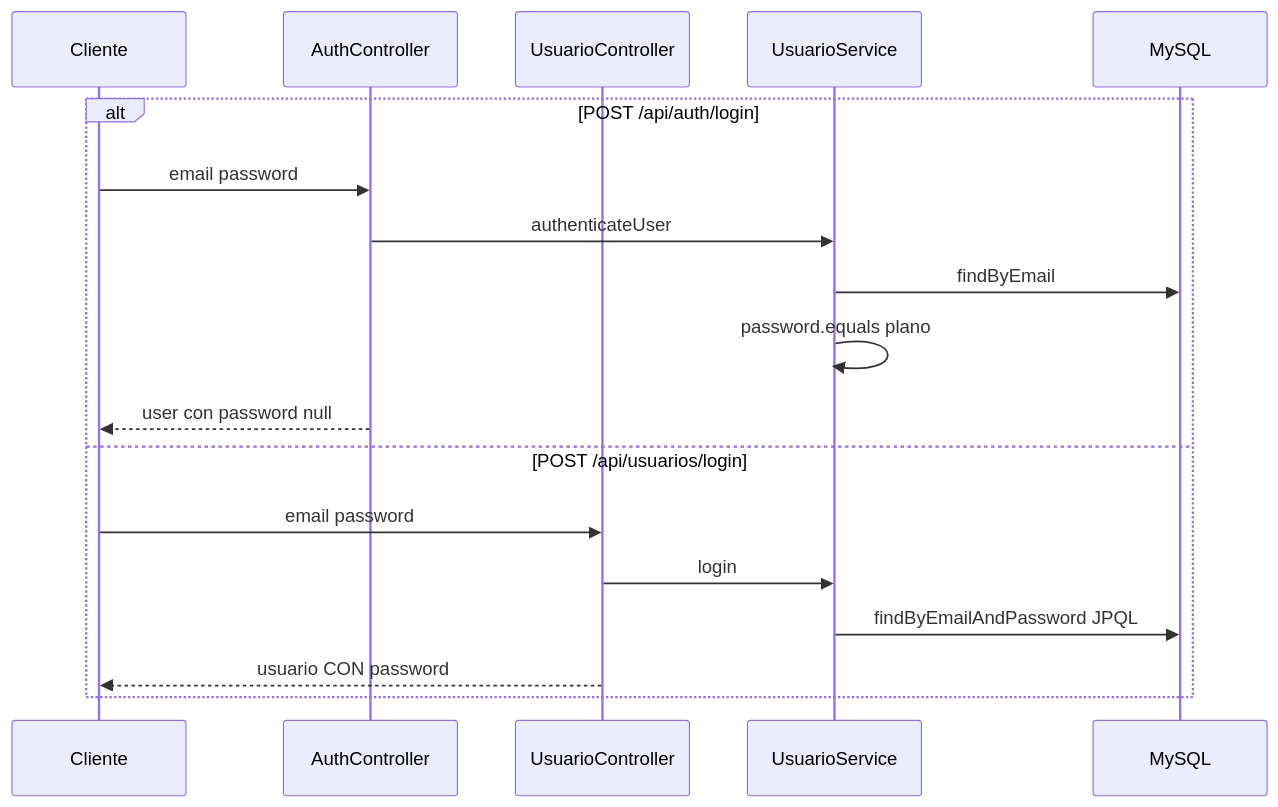
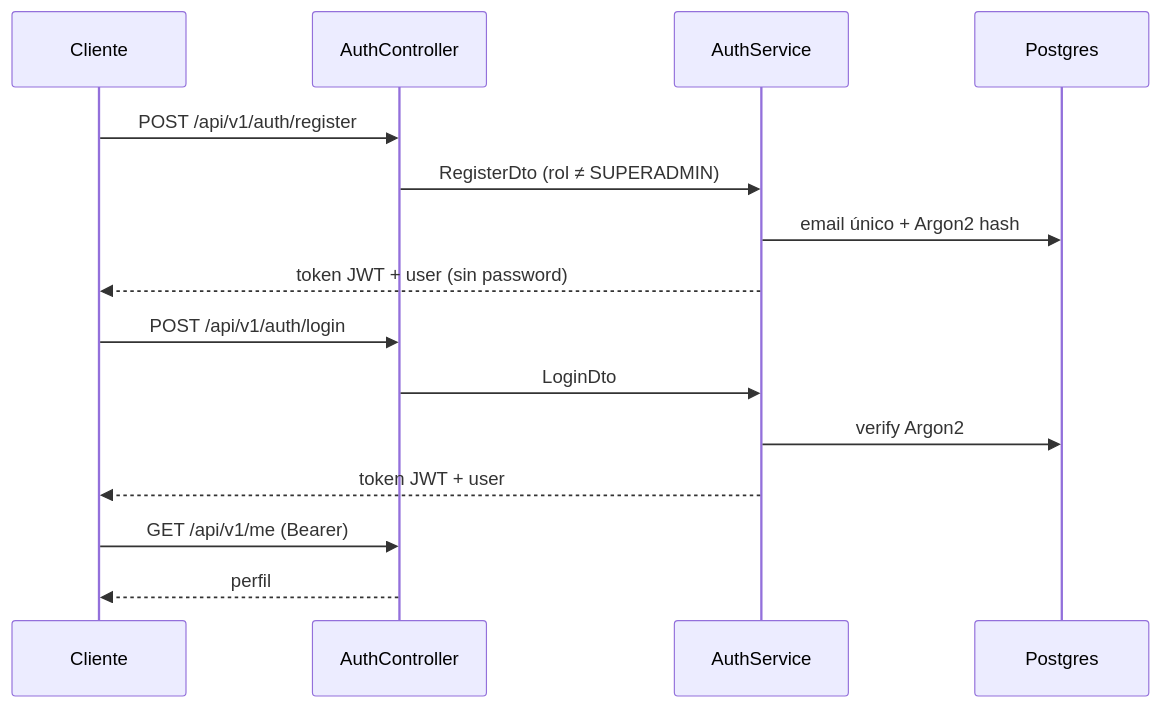
The first of 6 diagrams in docs/03-FLUJOS.md (julianmeoficial/minimalecommerceapi), drawn with Mermaid before and after one commit. The commit also changed other lines of this file and 19 other files, not shown here.

````diff
--- a/docs/03-FLUJOS.md
+++ b/docs/03-FLUJOS.md
@@ -9,21 +9,20 @@
 ```mermaid
 sequenceDiagram
   participant C as Cliente
   participant Auth as AuthController
-  participant Usr as UsuarioController
-  participant Svc as UsuarioService
-  participant DB as MySQL
+  participant Svc as AuthService
+  participant DB as Postgres
 
-  alt POST /api/auth/login
-    C->>Auth: email password
-    Auth->>Svc: authenticateUser
-    Svc->>DB: findByEmail
-    Svc->>Svc: password.equals plano
-    Auth-->>C: user con password null
-  else POST /api/usuarios/login
-    C->>Usr: email password
-    Usr->>Svc: login
-    Svc->>DB: findByEmailAndPassword JPQL
-    Usr-->>C: usuario CON password
-  end
+  C->>Auth: POST /api/v1/auth/register
+  Auth->>Svc: RegisterDto (rol ≠ SUPERADMIN)
+  Svc->>DB: email único + Argon2 hash
+  Svc-->>C: token JWT + user (sin password)
+
+  C->>Auth: POST /api/v1/auth/login
+  Auth->>Svc: LoginDto
+  Svc->>DB: verify Argon2
+  Svc-->>C: token JWT + user
+
+  C->>Auth: GET /api/v1/me (Bearer)
+  Auth-->>C: perfil
 ```
````
